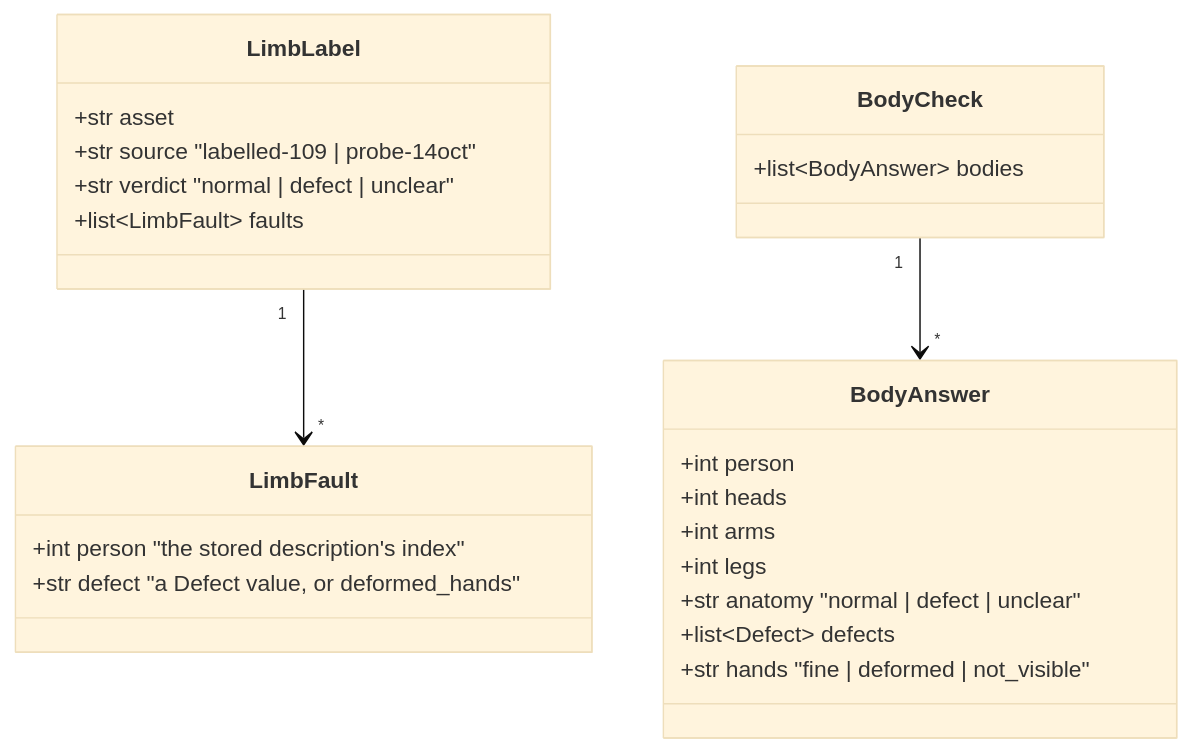
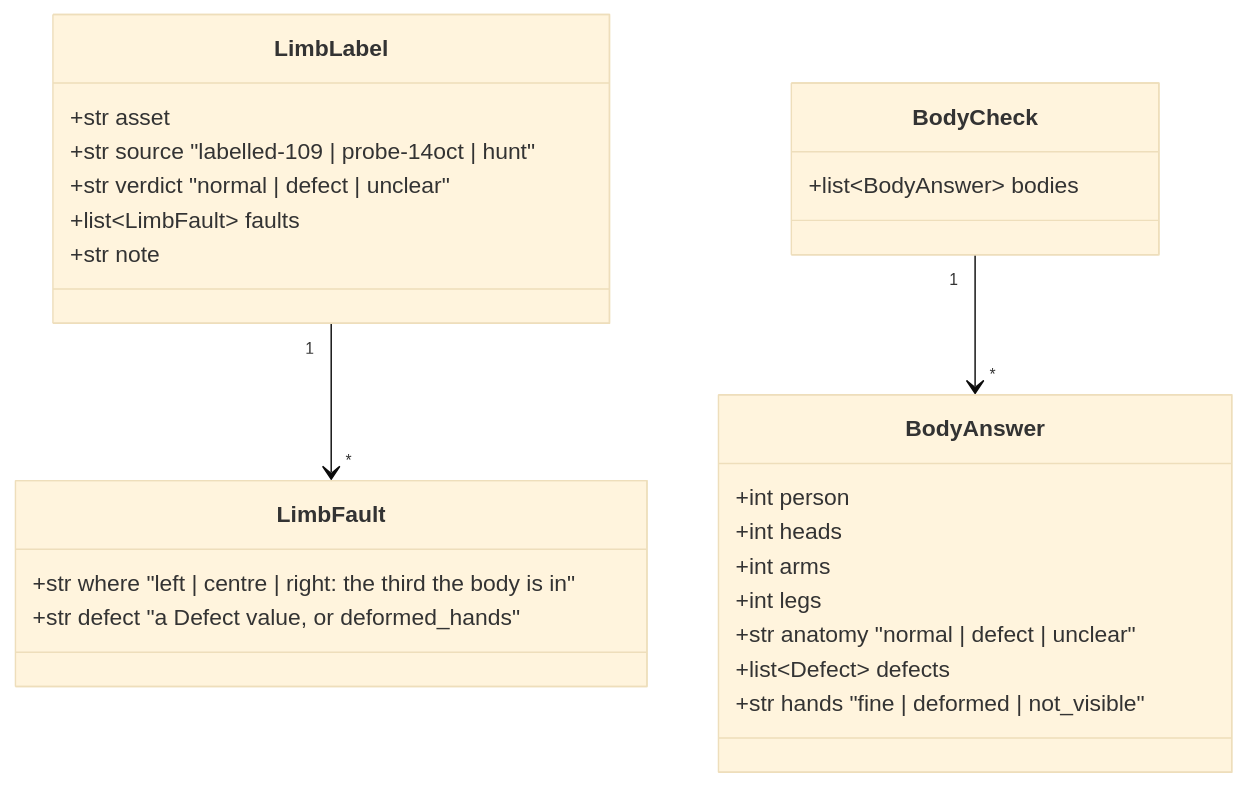
Before and after one commit to Katlego-tech/Panelwise: the first of 2 diagrams in docs/design/limb-agent.md, drawn with Mermaid (base theme). The commit also changed other lines of this file and 1 other file, not shown here.

````diff
--- a/docs/design/limb-agent.md
+++ b/docs/design/limb-agent.md
@@ -47,27 +47,28 @@
 ```mermaid
 classDiagram
     class LimbLabel {
         +str asset
-        +str source  "labelled-109 | probe-14oct"
+        +str source  "labelled-109 | probe-14oct | hunt"
         +str verdict  "normal | defect | unclear"
         +list~LimbFault~ faults
+        +str note
     }
     class LimbFault {
-        +int person  "the stored description's index"
+        +str where  "left | centre | right: the third the body is in"
         +str defect  "a Defect value, or deformed_hands"
     }
     class BodyAnswer {
         +int person
         +int heads
         +int arms
         +int legs
         +str anatomy  "normal | defect | unclear"
         +list~Defect~ defects
         +str hands  "fine | deformed | not_visible"
     }
     class BodyCheck {
         +list~BodyAnswer~ bodies
     }
     LimbLabel "1" --> "*" LimbFault
     BodyCheck "1" --> "*" BodyAnswer
 ```
````
